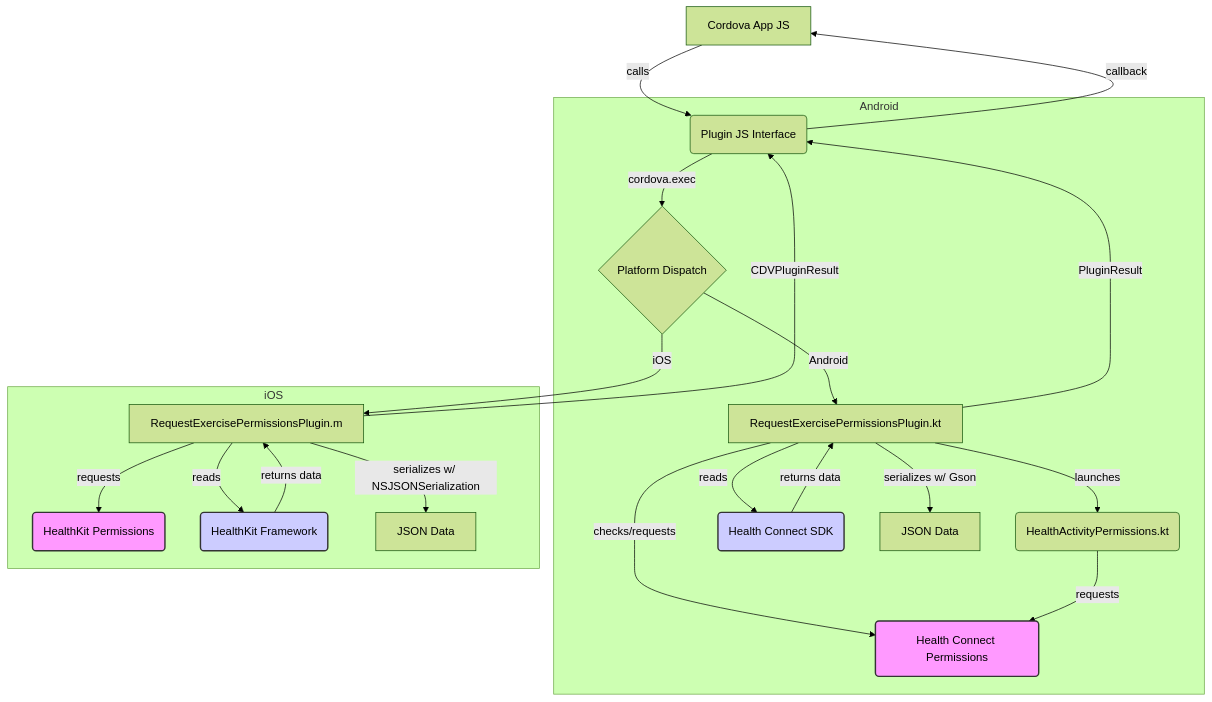
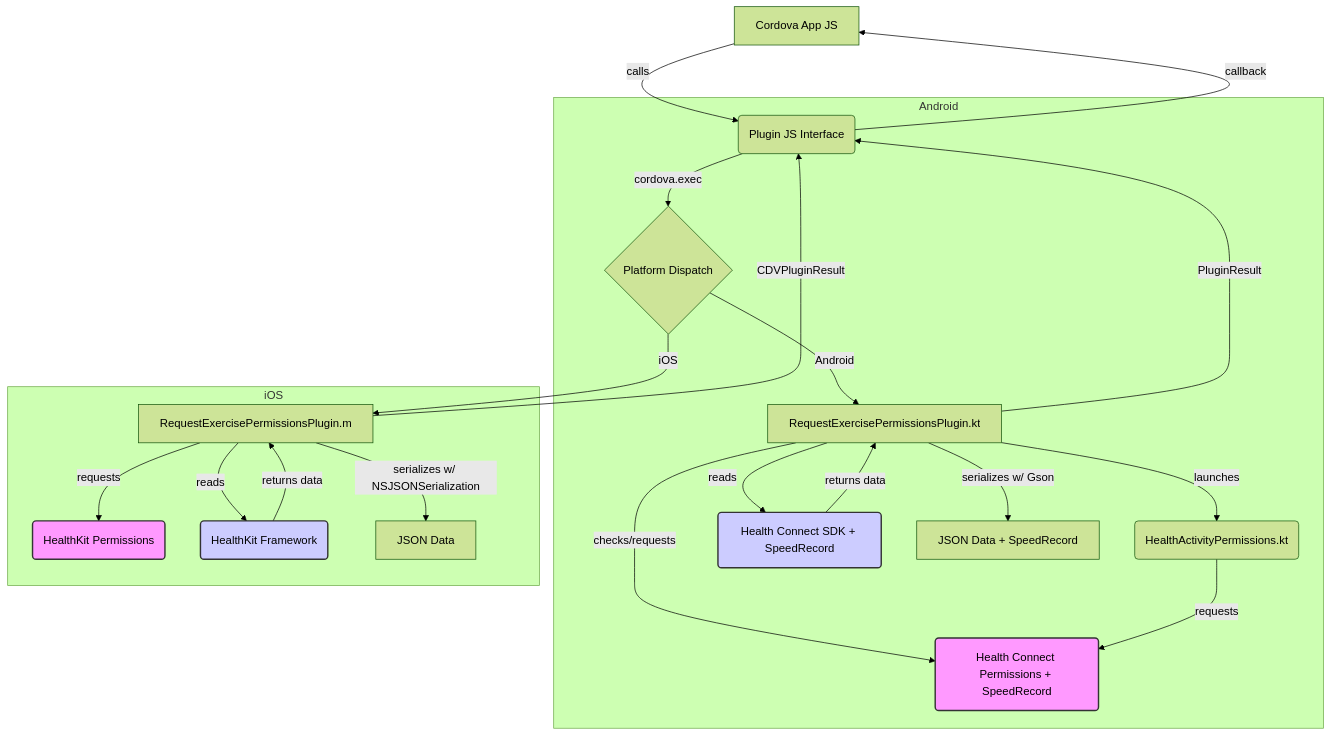
Before and after one commit to TruewindIT/cordova-android-exercises-plugin: the diagram in memory-bank/systemPatterns.md, drawn with Mermaid (forest theme). The commit also changed other lines of this file and 2 other files, not shown here.

Commit message:
updated memory bank

````diff
--- a/memory-bank/systemPatterns.md
+++ b/memory-bank/systemPatterns.md
@@ -38,32 +38,32 @@
 ```mermaid
 graph TD
     A[Cordova App JS] -- calls --> B(Plugin JS Interface);
     B -- cordova.exec --> C{Platform Dispatch};
 
     subgraph Android
         C -- Android --> D[RequestExercisePermissionsPlugin.kt];
-        D -- checks/requests --> E(Health Connect Permissions);
+        D -- checks/requests --> E(Health Connect Permissions + SpeedRecord);
         D -- launches --> F(HealthActivityPermissions.kt);
         F -- requests --> E;
-        D -- reads --> G(Health Connect SDK);
+        D -- reads --> G(Health Connect SDK + SpeedRecord);
         G -- returns data --> D;
-        D -- serializes w/ Gson --> H[JSON Data];
+        D -- serializes w/ Gson --> H[JSON Data + SpeedRecord];
         D -- PluginResult --> B;
     end
 
     subgraph iOS
         C -- iOS --> I[RequestExercisePermissionsPlugin.m];
         I -- requests --> J(HealthKit Permissions);
         I -- reads --> K(HealthKit Framework);
         K -- returns data --> I;
         I -- serializes w/ NSJSONSerialization --> L[JSON Data];
         I -- CDVPluginResult --> B;
     end
 
     B -- callback --> A;
 
     style E fill:#f9f,stroke:#333,stroke-width:2px
     style G fill:#ccf,stroke:#333,stroke-width:2px
     style J fill:#f9f,stroke:#333,stroke-width:2px
     style K fill:#ccf,stroke:#333,stroke-width:2px
 ```
````
